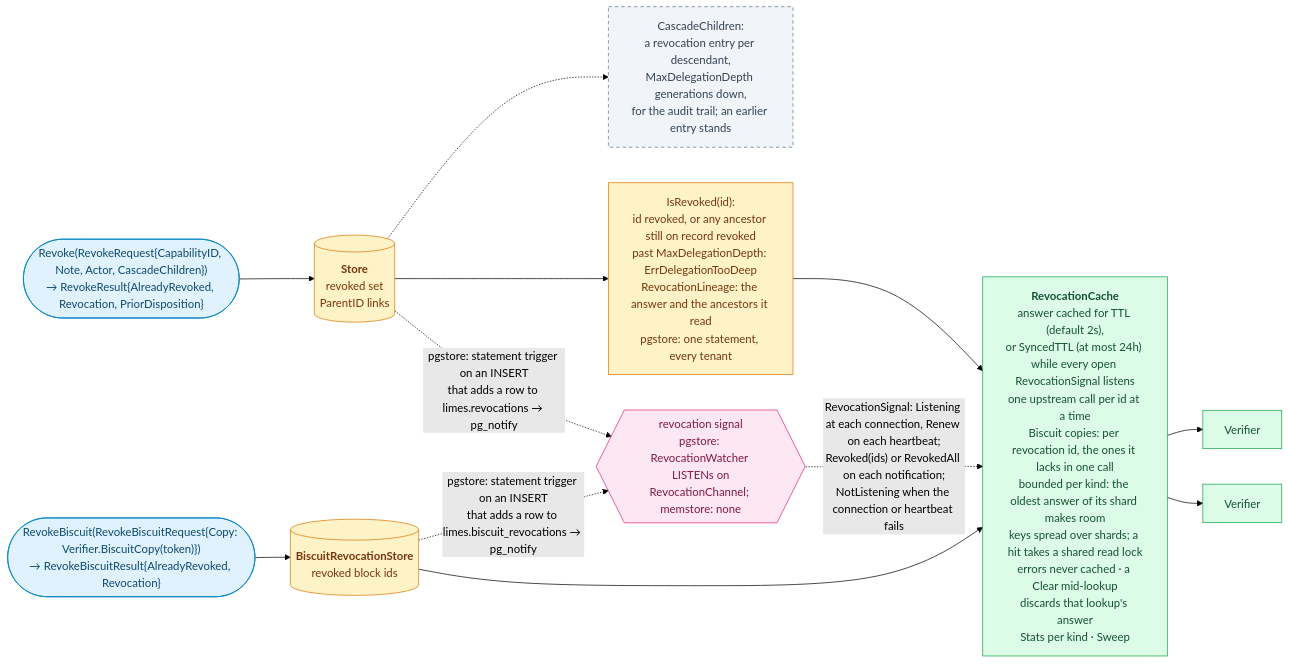
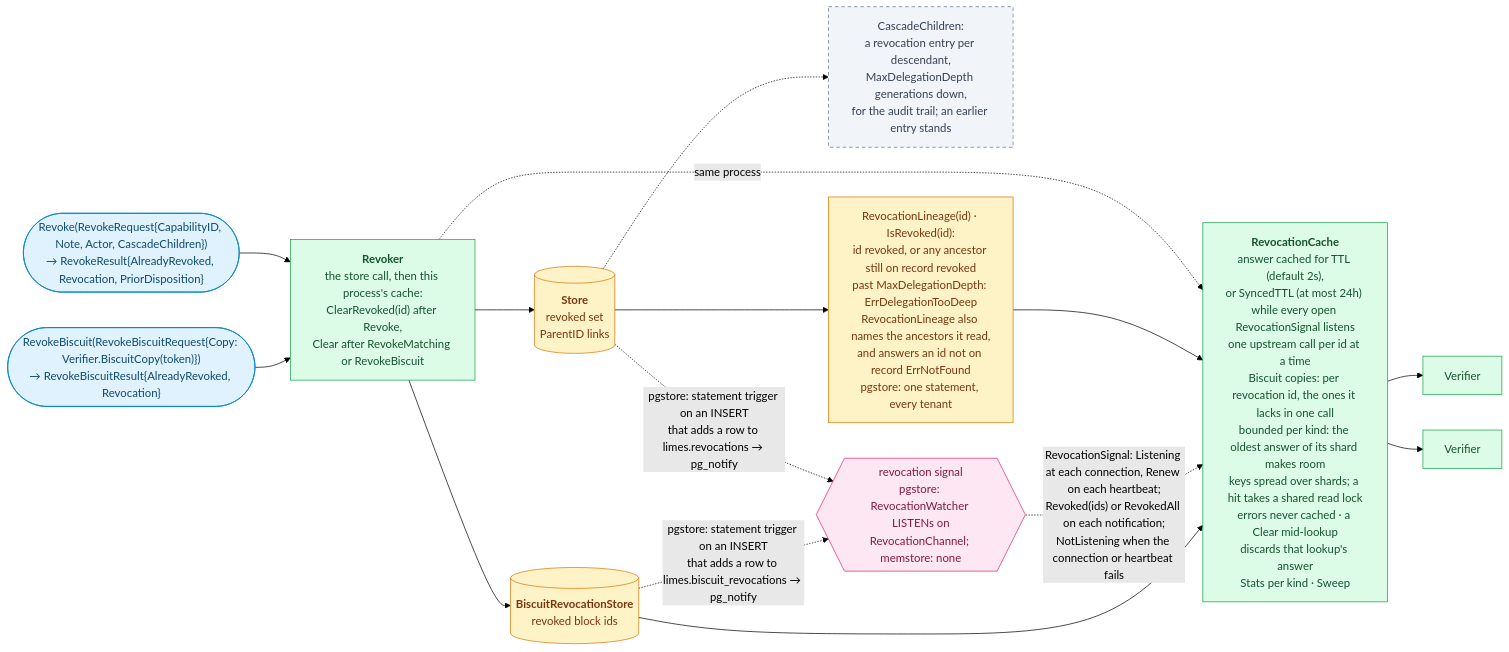
Diagram 13 of 17 in docs/diagrams.md (oleg-tkachuk/limes), drawn with Mermaid (forest theme) before and after one commit. The commit also changed other lines of this file, not shown here.

Commit message:
docs: bring the diagrams up to date with the code

````diff
--- a/docs/diagrams.md
+++ b/docs/diagrams.md
@@ -941,34 +1058,37 @@
 ```mermaid
 flowchart LR
     op(["Revoke(RevokeRequest{CapabilityID, Note, Actor, CascadeChildren})<br/>→ RevokeResult{AlreadyRevoked, Revocation, PriorDisposition}"])
+    revoker["<b>Revoker</b><br/>the store call, then this process's cache:<br/>ClearRevoked(id) after Revoke,<br/>Clear after RevokeMatching or RevokeBiscuit"]
     store[("<b>Store</b><br/>revoked set<br/>ParentID links")]
     cascade["CascadeChildren:<br/>a revocation entry per descendant,<br/>MaxDelegationDepth generations down,<br/>for the audit trail; an earlier entry stands"]
-    chain["IsRevoked(id):<br/>id revoked, or any ancestor still on record revoked<br/>past MaxDelegationDepth: ErrDelegationTooDeep<br/>RevocationLineage: the answer and the ancestors it read<br/>pgstore: one statement, every tenant"]
+    chain["RevocationLineage(id) · IsRevoked(id):<br/>id revoked, or any ancestor still on record revoked<br/>past MaxDelegationDepth: ErrDelegationTooDeep<br/>RevocationLineage also names the ancestors it read,<br/>and answers an id not on record ErrNotFound<br/>pgstore: one statement, every tenant"]
     cache["<b>RevocationCache</b><br/>answer cached for TTL (default 2s),<br/>or SyncedTTL (at most 24h) while every open RevocationSignal listens<br/>one upstream call per id at a time<br/>Biscuit copies: per revocation id, the ones it lacks in one call<br/>bounded per kind: the oldest answer of its shard makes room<br/>keys spread over shards; a hit takes a shared read lock<br/>errors never cached · a Clear mid-lookup<br/>discards that lookup's answer<br/>Stats per kind · Sweep"]
     notify{{"revocation signal<br/>pgstore: RevocationWatcher LISTENs on<br/>RevocationChannel; memstore: none"}}
     bop(["RevokeBiscuit(RevokeBiscuitRequest{Copy: Verifier.BiscuitCopy(token)})<br/>→ RevokeBiscuitResult{AlreadyRevoked, Revocation}"])
     blist[("<b>BiscuitRevocationStore</b><br/>revoked block ids")]
     v1["Verifier"]
     v2["Verifier"]
 
-    op --> store
+    op --> revoker --> store
+    revoker -. "same process" .-> cache
     store -.-> cascade
     store --> chain --> cache
     cache --> v1
     cache --> v2
     store -. "pgstore: statement trigger on an INSERT<br/>that adds a row to limes.revocations → pg_notify" .-> notify
     blist -. "pgstore: statement trigger on an INSERT<br/>that adds a row to limes.biscuit_revocations → pg_notify" .-> notify
     notify -. "RevocationSignal: Listening at each connection, Renew on each heartbeat;<br/>Revoked(ids) or RevokedAll on each notification;<br/>NotListening when the connection or heartbeat fails" .-> cache
-    bop --> blist --> cache
+    bop --> revoker
+    revoker --> blist --> cache
 
     classDef client fill:#E0F2FE,stroke:#0284C7,color:#0C4A6E
     classDef role fill:#DCFCE7,stroke:#16A34A,color:#14532D
     classDef optional fill:#F1F5F9,stroke:#64748B,color:#334155,stroke-dasharray:5 4
     classDef store fill:#FEF3C7,stroke:#D97706,color:#78350F
     classDef external fill:#FCE7F3,stroke:#DB2777,color:#831843
     class op,bop client
-    class v1,v2,cache role
+    class v1,v2,cache,revoker role
     class cascade optional
     class store,chain,blist store
     class notify external
 ```
````
